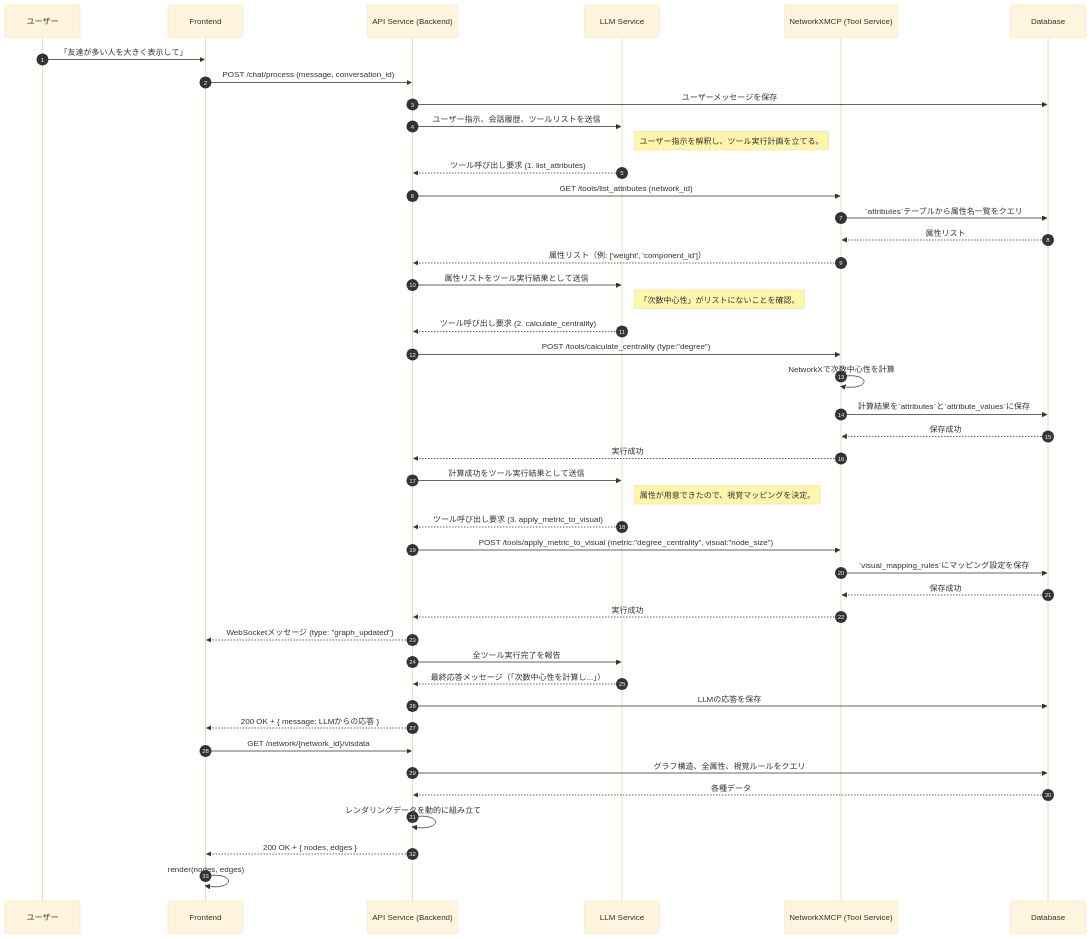
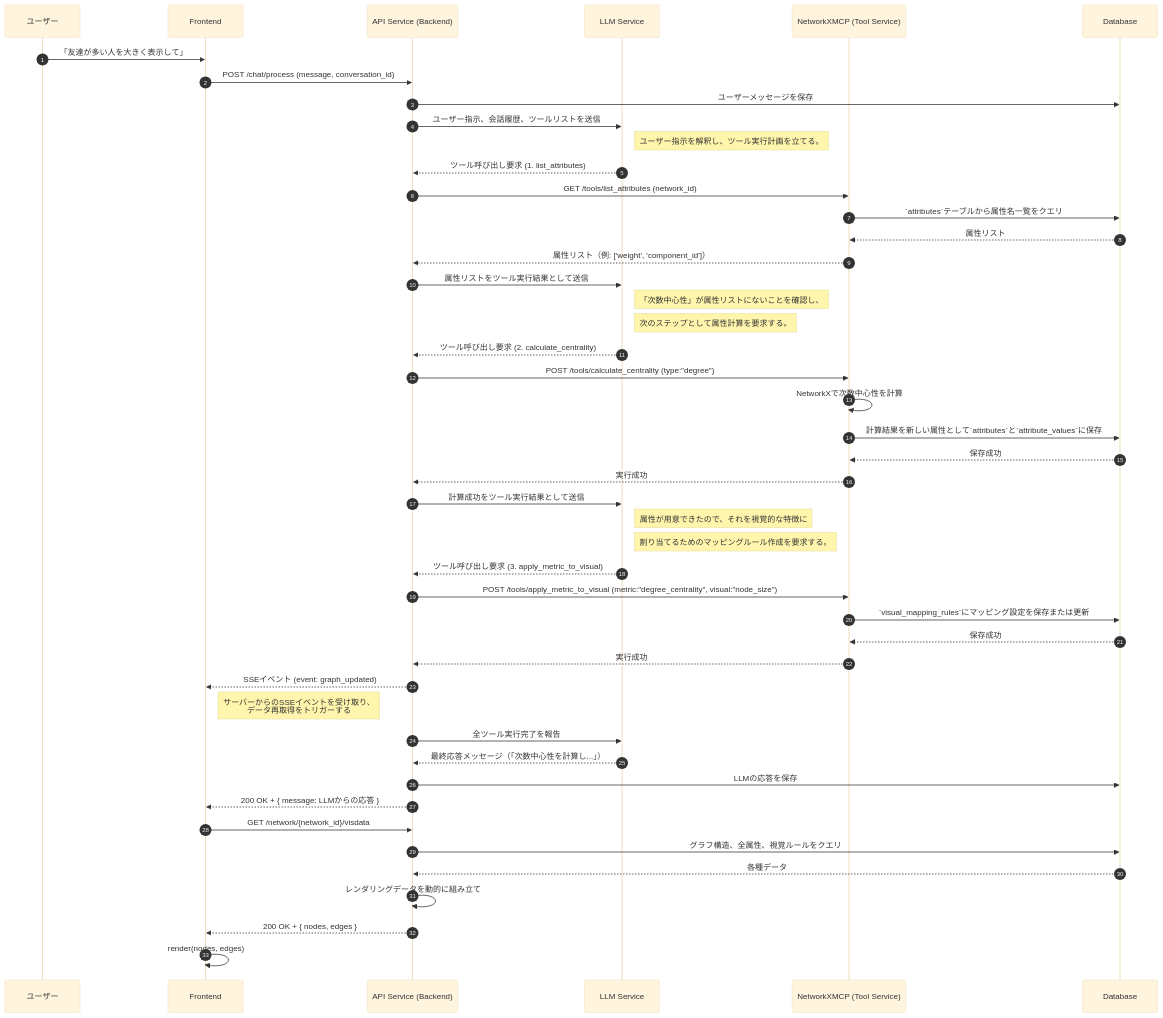
The second of 3 diagrams in specification/Interactions.md (vdslab/LLMGraphvis), drawn with Mermaid (base theme) before and after one commit. The commit also changed other lines of this file and 6 other files, not shown here.

````diff
--- a/specification/Interactions.md
+++ b/specification/Interactions.md
@@ -57,64 +58,67 @@
 ```mermaid
 sequenceDiagram
     autonumber
     %% Participants
     participant U as ユーザー
     participant F as Frontend
     participant B as API Service (Backend)
     participant LLM as LLM Service
     participant N as NetworkXMCP (Tool Service)
     participant DB as Database
 
     U->>F: 「友達が多い人を大きく表示して」
     F->>B: POST /chat/process (message, conversation_id)
     B->>DB: ユーザーメッセージを保存
 
     %% Step 1: Backend asks LLM for a plan
     B->>LLM: ユーザー指示、会話履歴、ツールリストを送信
     note right of LLM: ユーザー指示を解釈し、ツール実行計画を立てる。
     LLM-->>B: ツール呼び出し要求 (1. list_attributes)
 
     %% Step 2: Backend executes list_attributes
     B->>N: GET /tools/list_attributes (network_id)
     N->>DB: `attributes`テーブルから属性名一覧をクエリ
     DB-->>N: 属性リスト
     N-->>B: 属性リスト（例: ['weight', 'component_id']）
 
     %% Step 3: Backend asks LLM for the next step
     B->>LLM: 属性リストをツール実行結果として送信
-    note right of LLM: 「次数中心性」がリストにないことを確認。
+    note right of LLM: 「次数中心性」が属性リストにないことを確認し、
+    note right of LLM: 次のステップとして属性計算を要求する。
     LLM-->>B: ツール呼び出し要求 (2. calculate_centrality)
 
     %% Step 4: Backend executes calculate_centrality
     B->>N: POST /tools/calculate_centrality (type:"degree")
     N->>N: NetworkXで次数中心性を計算
-    N->>DB: 計算結果を`attributes`と`attribute_values`に保存
+    N->>DB: 計算結果を新しい属性として`attributes`と`attribute_values`に保存
     DB-->>N: 保存成功
     N-->>B: 実行成功
 
     %% Step 5: Backend asks LLM for the final step
     B->>LLM: 計算成功をツール実行結果として送信
-    note right of LLM: 属性が用意できたので、視覚マッピングを決定。
+    note right of LLM: 属性が用意できたので、それを視覚的な特徴に
+    note right of LLM: 割り当てるためのマッピングルール作成を要求する。
     LLM-->>B: ツール呼び出し要求 (3. apply_metric_to_visual)
 
     %% Step 6: Backend executes apply_metric_to_visual
     B->>N: POST /tools/apply_metric_to_visual (metric:"degree_centrality", visual:"node_size")
-    N->>DB: `visual_mapping_rules`にマッピング設定を保存
+    N->>DB: `visual_mapping_rules`にマッピング設定を保存または更新
     DB-->>N: 保存成功
     N-->>B: 実行成功
 
     %% Step 7: Backend sends notification and final response to Frontend
-    B-->>F: WebSocketメッセージ (type: "graph_updated")
+    B-->>F: SSEイベント (event: graph_updated)
+    note right of F: サーバーからのSSEイベントを受け取り、<br/>データ再取得をトリガーする
     B->>LLM: 全ツール実行完了を報告
     LLM-->>B: 最終応答メッセージ（「次数中心性を計算し...」）
     B->>DB: LLMの応答を保存
     B-->>F: 200 OK + { message: LLMからの応答 }
 
     %% Step 8: Frontend fetches updated data
     F->>B: GET /network/{network_id}/visdata
     B->>DB: グラフ構造、全属性、視覚ルールをクエリ
     DB-->>B: 各種データ
     B->>B: レンダリングデータを動的に組み立て
     B-->>F: 200 OK + { nodes, edges }
     F->>F: render(nodes, edges)
 ```
````
